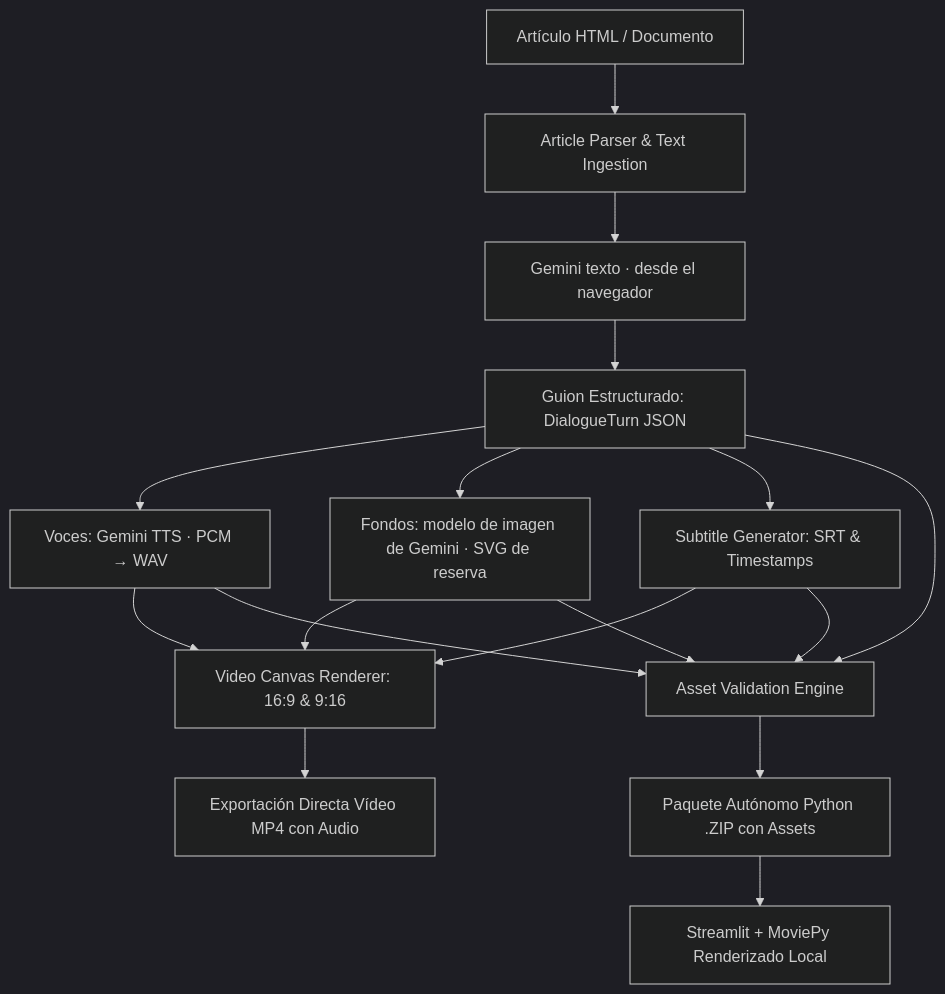
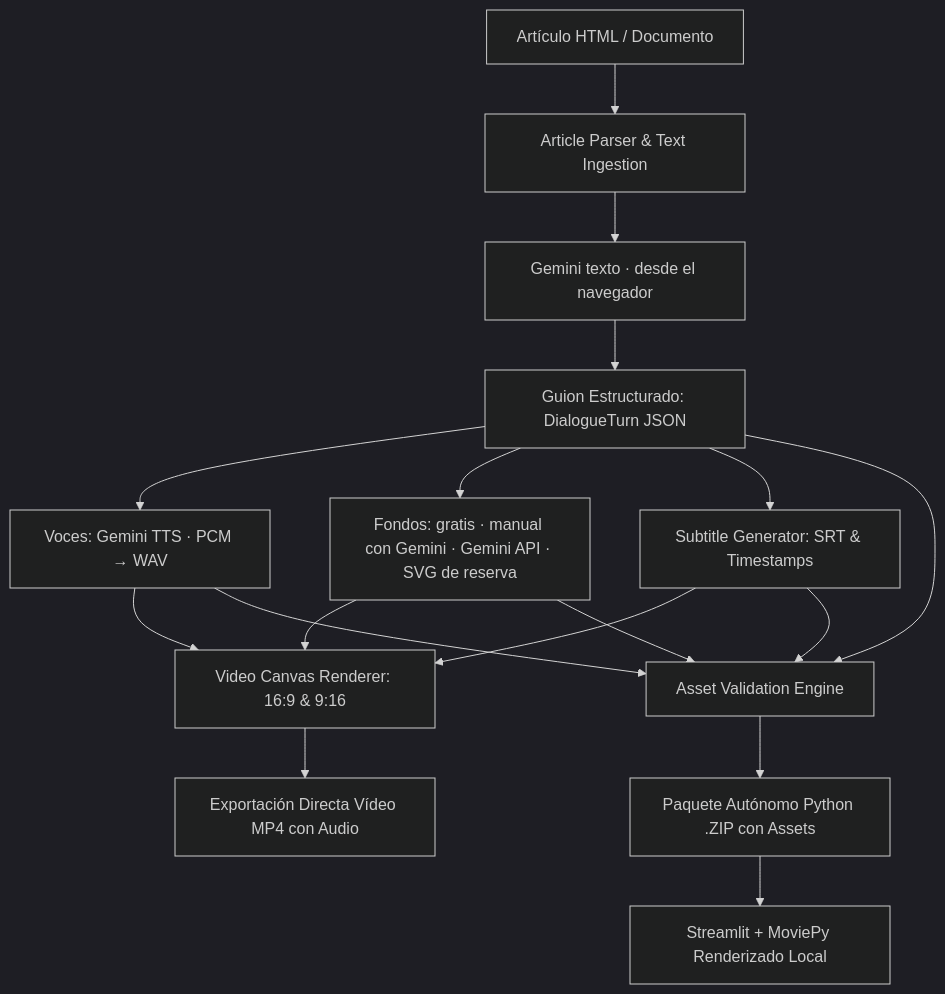
The diagram in README.md (jpm70/NotebookLM-Studio), drawn with Mermaid (dark theme) before and after one commit. The commit also changed other lines of this file and 5 other files, not shown here.

First line of the commit message:
Fondos: generador gratuito y modo manual con prompts para Gemini

````diff
--- a/README.md
+++ b/README.md
@@ -240,19 +245,19 @@
 ```mermaid
 graph TD
     A[Artículo HTML / Documento] --> B[Article Parser & Text Ingestion]
     B --> C[Gemini texto · desde el navegador]
     C --> D[Guion Estructurado: DialogueTurn JSON]
     D --> E1[Voces: Gemini TTS · PCM → WAV]
-    D --> E2[Fondos: modelo de imagen de Gemini · SVG de reserva]
+    D --> E2[Fondos: gratis · manual con Gemini · Gemini API · SVG de reserva]
     D --> E3[Subtitle Generator: SRT & Timestamps]
     E1 --> F1[Video Canvas Renderer: 16:9 & 9:16]
     E2 --> F1
     E3 --> F1
     F1 --> G1[Exportación Directa Vídeo MP4 con Audio]
     D --> H1[Asset Validation Engine]
     E1 --> H1
     E2 --> H1
     E3 --> H1
     H1 --> I1[Paquete Autónomo Python .ZIP con Assets]
     I1 --> J1[Streamlit + MoviePy Renderizado Local]
 ```
````
